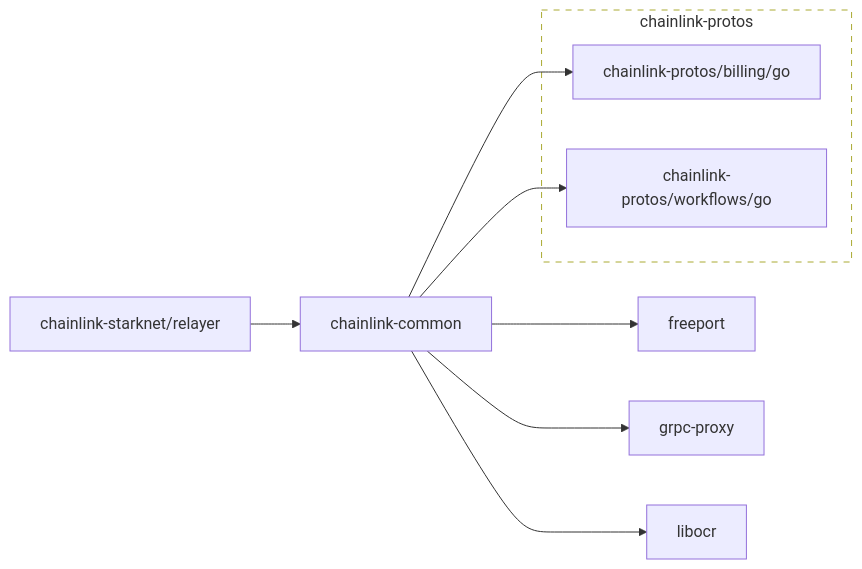
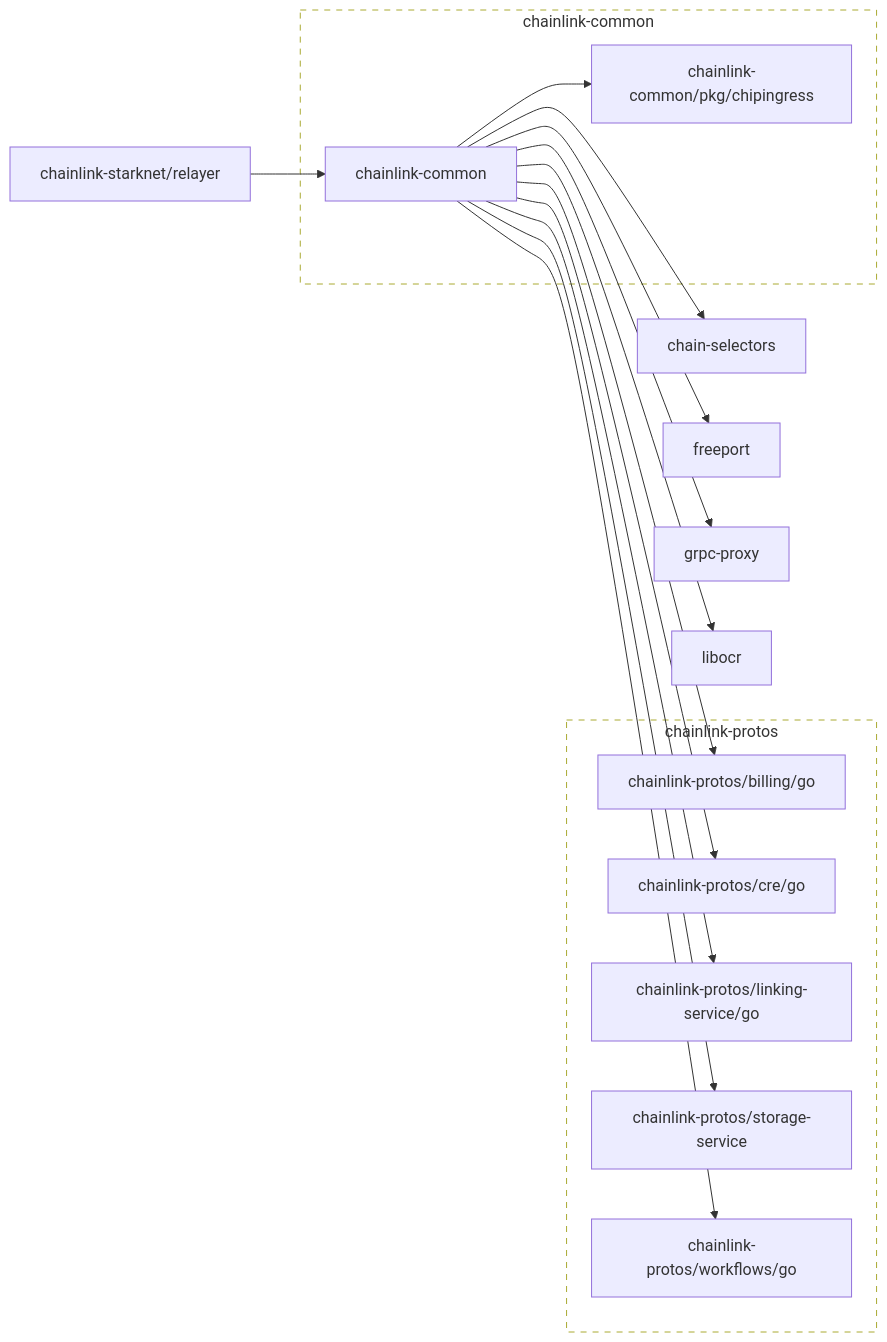
The first of 2 diagrams in go.md (smartcontractkit/chainlink-starknet), drawn with Mermaid before and after one commit. The commit also changed other lines of this file and 38 other files, not shown here.

````diff
--- a/go.md
+++ b/go.md
@@ -3,31 +3,55 @@
 ```mermaid
 flowchart LR
 
+	chain-selectors
+	click chain-selectors href "https://github.com/smartcontractkit/chain-selectors"
+	chainlink-common --> chain-selectors
+	chainlink-common --> chainlink-common/pkg/chipingress
 	chainlink-common --> chainlink-protos/billing/go
+	chainlink-common --> chainlink-protos/cre/go
+	chainlink-common --> chainlink-protos/linking-service/go
+	chainlink-common --> chainlink-protos/storage-service
 	chainlink-common --> chainlink-protos/workflows/go
 	chainlink-common --> freeport
 	chainlink-common --> grpc-proxy
 	chainlink-common --> libocr
 	click chainlink-common href "https://github.com/smartcontractkit/chainlink-common"
+	chainlink-common/pkg/chipingress
+	click chainlink-common/pkg/chipingress href "https://github.com/smartcontractkit/chainlink-common"
 	chainlink-protos/billing/go
 	click chainlink-protos/billing/go href "https://github.com/smartcontractkit/chainlink-protos"
+	chainlink-protos/cre/go
+	click chainlink-protos/cre/go href "https://github.com/smartcontractkit/chainlink-protos"
+	chainlink-protos/linking-service/go
+	click chainlink-protos/linking-service/go href "https://github.com/smartcontractkit/chainlink-protos"
+	chainlink-protos/storage-service
+	click chainlink-protos/storage-service href "https://github.com/smartcontractkit/chainlink-protos"
 	chainlink-protos/workflows/go
 	click chainlink-protos/workflows/go href "https://github.com/smartcontractkit/chainlink-protos"
 	chainlink-starknet/relayer --> chainlink-common
 	click chainlink-starknet/relayer href "https://github.com/smartcontractkit/chainlink-starknet"
 	freeport
 	click freeport href "https://github.com/smartcontractkit/freeport"
 	grpc-proxy
 	click grpc-proxy href "https://github.com/smartcontractkit/grpc-proxy"
 	libocr
 	click libocr href "https://github.com/smartcontractkit/libocr"
 
+	subgraph chainlink-common-repo[chainlink-common]
+		 chainlink-common
+		 chainlink-common/pkg/chipingress
+	end
+	click chainlink-common-repo href "https://github.com/smartcontractkit/chainlink-common"
+
 	subgraph chainlink-protos-repo[chainlink-protos]
 		 chainlink-protos/billing/go
+		 chainlink-protos/cre/go
+		 chainlink-protos/linking-service/go
+		 chainlink-protos/storage-service
 		 chainlink-protos/workflows/go
 	end
 	click chainlink-protos-repo href "https://github.com/smartcontractkit/chainlink-protos"
 
 	classDef outline stroke-dasharray:6,fill:none;
-	class chainlink-protos-repo outline
+	class chainlink-common-repo,chainlink-protos-repo outline
 ```
````
